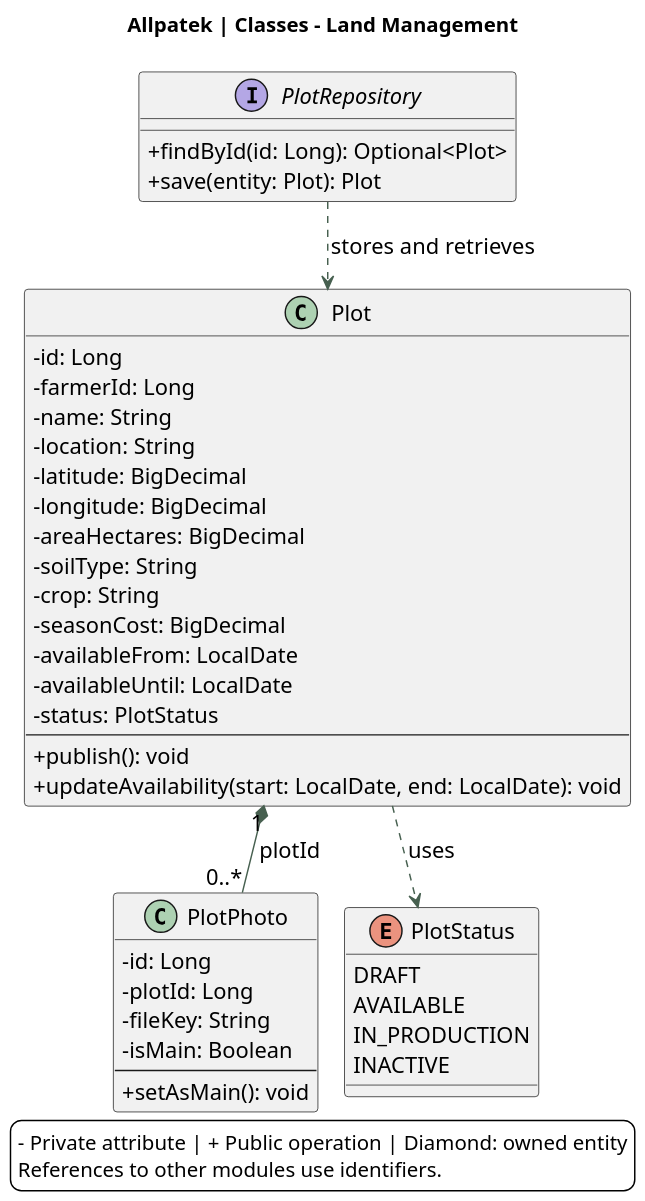
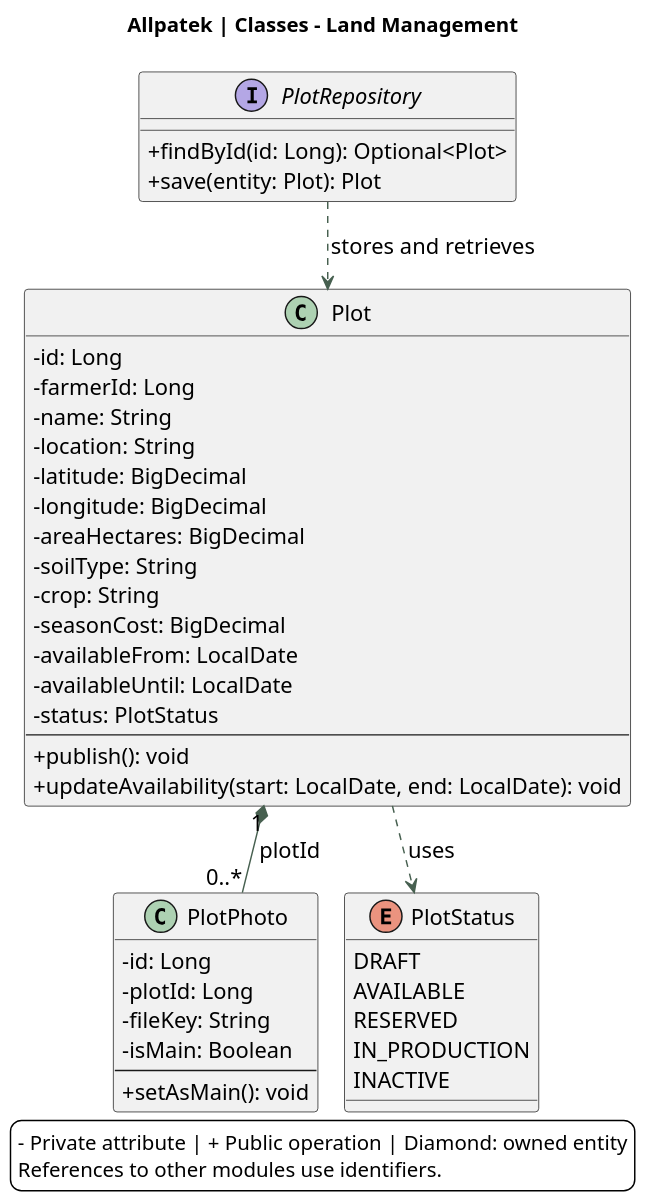
The diagram in assets/chapter-04/architecture/09-classes-plots.puml (upc-pre-202620-1asi0729-7753-Terranova/allpatek-report), drawn with PlantUML before and after one commit. The commit also changed 12 other files, not shown here.

Commit message:
docs(architecture): model proposals and reservations

```diff
--- a/assets/chapter-04/architecture/09-classes-plots.puml
+++ b/assets/chapter-04/architecture/09-classes-plots.puml
@@ -1,55 +1,56 @@
 @startuml
 !pragma layout smetana
 skinparam backgroundColor white
 skinparam defaultFontName SansSerif
 skinparam defaultFontSize 15
 skinparam shadowing false
 skinparam classAttributeIconSize 0
 skinparam ArrowColor #476050
 skinparam dpi 140
 title Allpatek | Classes - Land Management
 top to bottom direction
 class Plot {
  -id: Long
  -farmerId: Long
  -name: String
  -location: String
  -latitude: BigDecimal
  -longitude: BigDecimal
  -areaHectares: BigDecimal
  -soilType: String
  -crop: String
  -seasonCost: BigDecimal
  -availableFrom: LocalDate
  -availableUntil: LocalDate
  -status: PlotStatus
  --
 +publish(): void
 +updateAvailability(start: LocalDate, end: LocalDate): void
 }
 class PlotPhoto {
  -id: Long
  -plotId: Long
  -fileKey: String
  -isMain: Boolean
  --
 +setAsMain(): void
 }
 enum PlotStatus {
 DRAFT
 AVAILABLE
+RESERVED
 IN_PRODUCTION
 INACTIVE
 }
 Plot ..> PlotStatus : uses
 interface PlotRepository {
  +findById(id: Long): Optional<Plot>
  +save(entity: Plot): Plot
 }
 PlotRepository ..> Plot : stores and retrieves
 Plot "1" *-- "0..*" PlotPhoto : plotId
 legend bottom
 - Private attribute | + Public operation | Diamond: owned entity
 References to other modules use identifiers.
 endlegend
 @enduml
```
